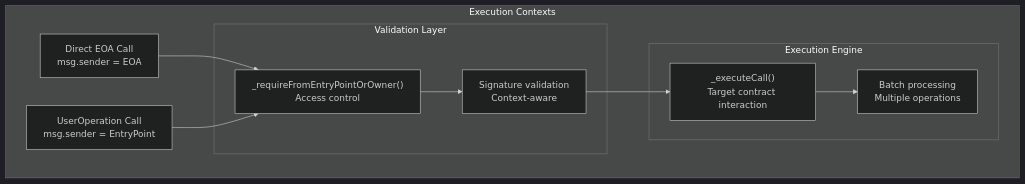
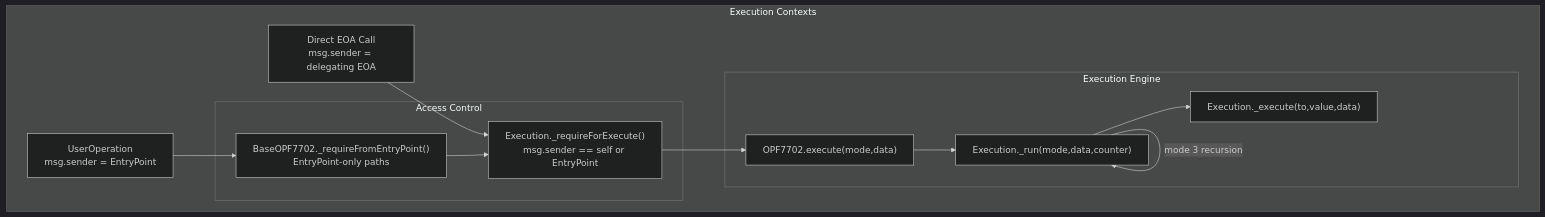
Before and after one commit to openfort-xyz/openfort-7702-account: the fourth of 4 diagrams in docs/AA.md, drawn with Mermaid (dark theme). The commit also changed other lines of this file, not shown here.

````diff
--- a/docs/AA.md
+++ b/docs/AA.md
@@ -129,24 +143,25 @@
 ```mermaid
 flowchart TD
     subgraph "Execution Contexts"
-        DirectCall["Direct EOA Call<br/>msg.sender = EOA"]
-        UserOpCall["UserOperation Call<br/>msg.sender = EntryPoint"]
-        
-        subgraph "Validation Layer"
-            RequireAuth["_requireFromEntryPointOrOwner()<br/>Access control"]
-            SigCheck["Signature validation<br/>Context-aware"]
+        DirectCall["Direct EOA Call<br/>msg.sender = delegating EOA"]
+        UserOpCall["UserOperation<br/>msg.sender = EntryPoint"]
+
+        subgraph "Access Control"
+            RequireEP["BaseOPF7702._requireFromEntryPoint()<br/>EntryPoint-only paths"]
+            RequireExecute["Execution._requireForExecute()<br/>msg.sender == self or EntryPoint"]
         end
-        
+
         subgraph "Execution Engine"
-            ExecuteCall["_executeCall()<br/>Target contract interaction"]
-            BatchExecution["Batch processing<br/>Multiple operations"]
+            ExecuteEntry["OPF7702.execute(mode,data)"]
+            RunWorker["Execution._run(mode,data,counter)"]
+            LowLevel["Execution._execute(to,value,data)"]
         end
     end
 
     %% Flow connections
-    DirectCall --> RequireAuth
-    UserOpCall --> RequireAuth
-    RequireAuth --> SigCheck
-    SigCheck --> ExecuteCall
-    ExecuteCall --> BatchExecution
+    DirectCall --> RequireExecute
+    UserOpCall --> RequireEP --> RequireExecute
+    RequireExecute --> ExecuteEntry --> RunWorker --> LowLevel
+    RunWorker -->|mode 3 recursion| RunWorker
+
 ```
````
